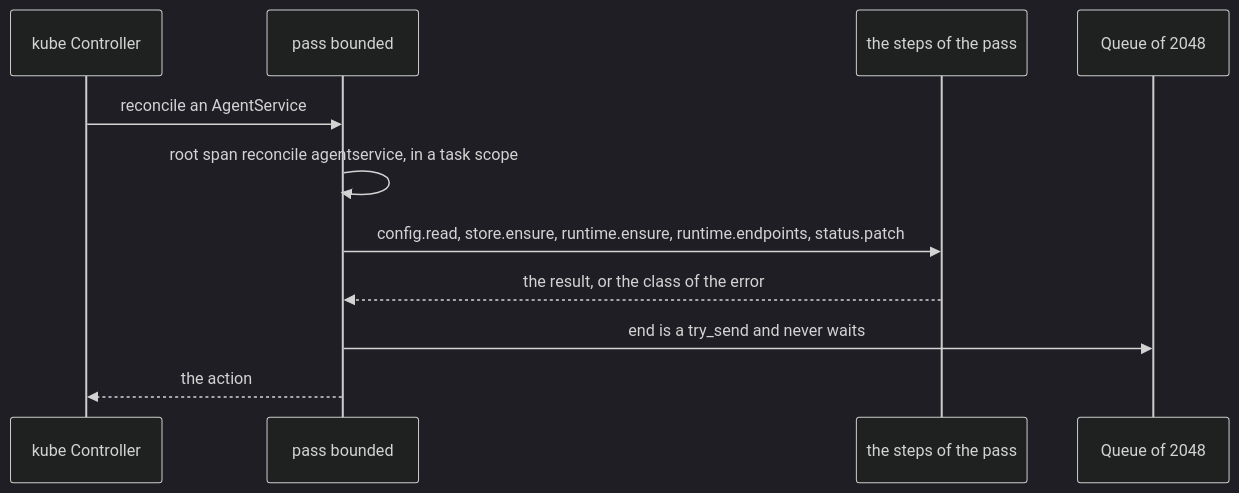
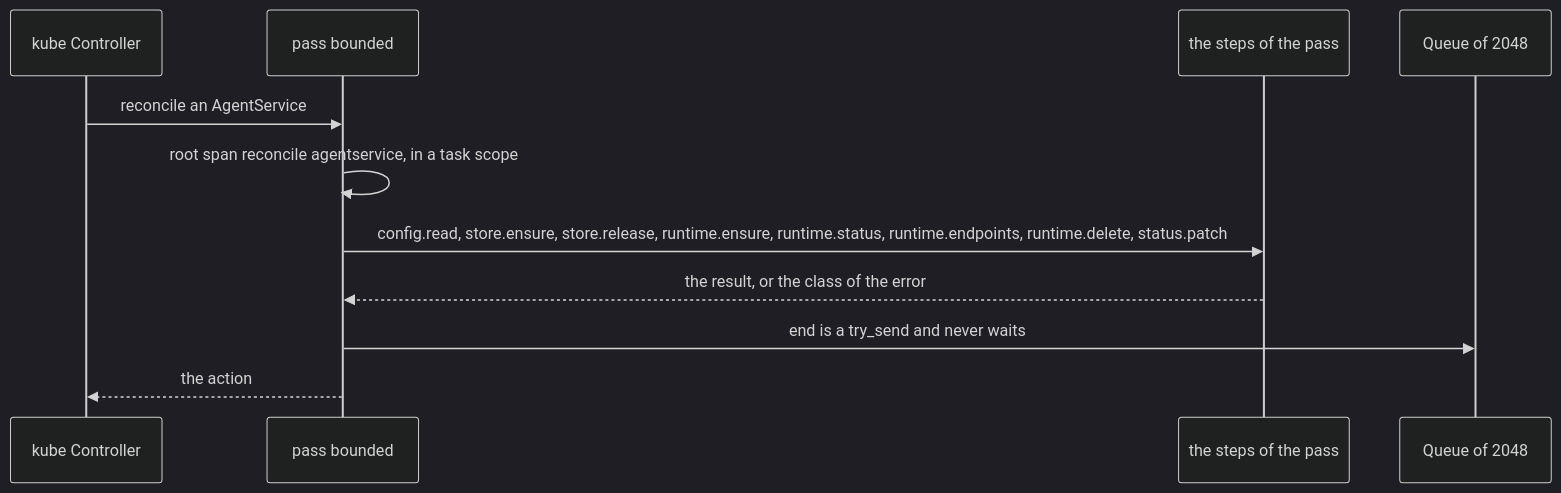
The third of 5 diagrams in docs/architecture/09-operations.md (vymalo/another-agentic-platform), drawn with Mermaid (dark theme) before and after one commit. The commit also changed other lines of this file and 48 other files, not shown here.

````diff
--- a/docs/architecture/09-operations.md
+++ b/docs/architecture/09-operations.md
@@ -164,13 +164,13 @@
 ```mermaid
 sequenceDiagram
   participant Ctl as kube Controller
   participant B as pass bounded
   participant S as the steps of the pass
   participant Q as Queue of 2048
   Ctl->>B: reconcile an AgentService
   B->>B: root span reconcile agentservice, in a task scope
-  B->>S: config.read, store.ensure, runtime.ensure, runtime.endpoints, status.patch
+  B->>S: config.read, store.ensure, store.release, runtime.ensure, runtime.status, runtime.endpoints, runtime.delete, status.patch
   S-->>B: the result, or the class of the error
   B->>Q: end is a try_send and never waits
   B-->>Ctl: the action
 ```
````
